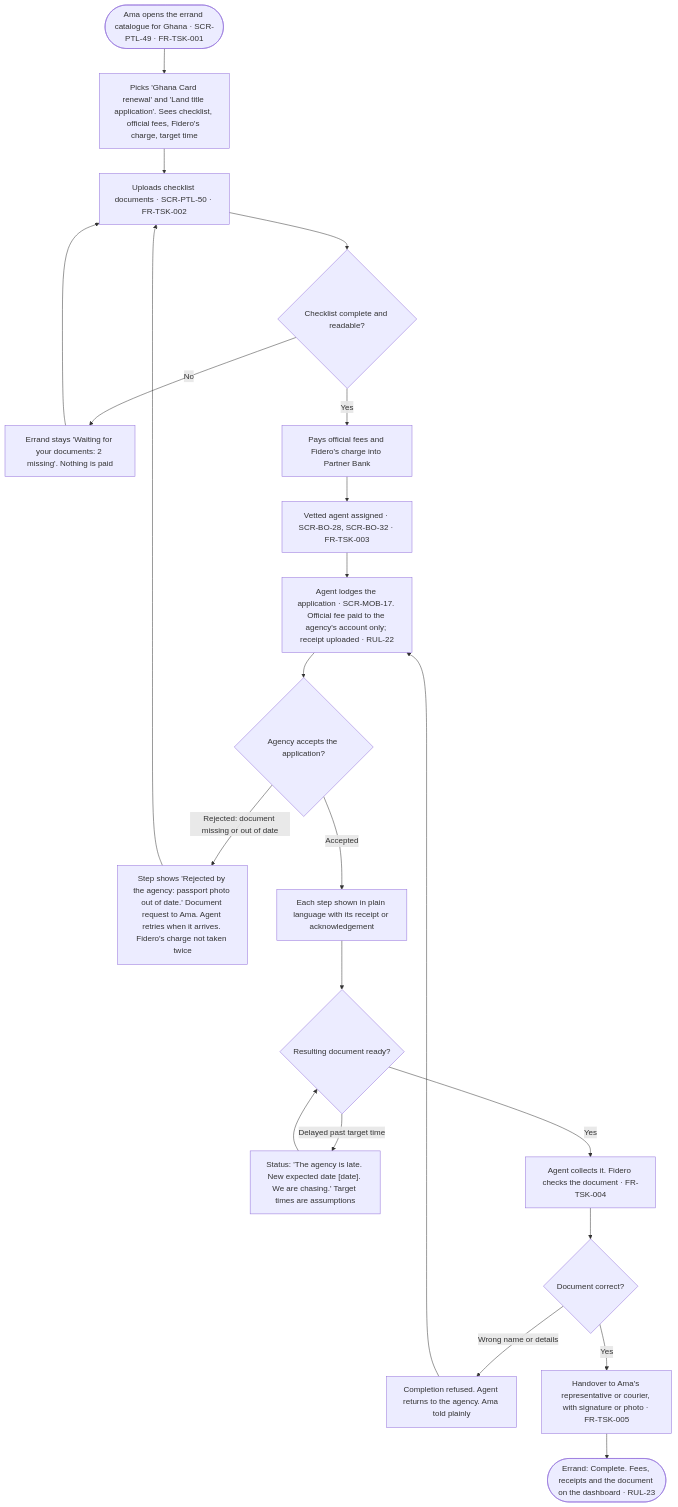
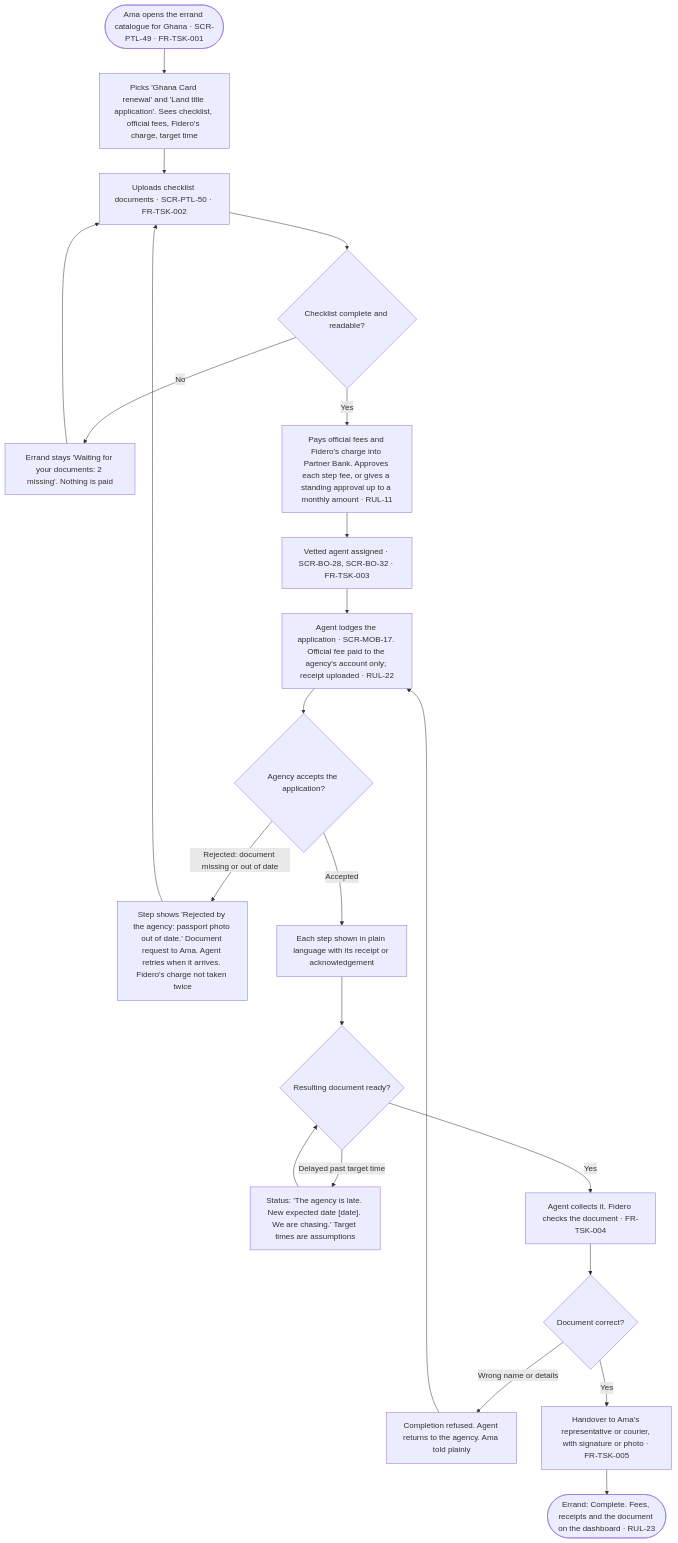
Diagram 12 of 12 in docs/specs/03-ui-ux-design.md (1SteveMens/Fidero), drawn with Mermaid before and after one commit. The commit also changed other lines of this file and 7 other files, not shown here.

````diff
--- a/docs/specs/03-ui-ux-design.md
+++ b/docs/specs/03-ui-ux-design.md
@@ -683,24 +690,24 @@
 ```mermaid
 flowchart TD
     M0(["Ama opens the errand catalogue for Ghana · SCR-PTL-49 · FR-TSK-001"]) --> M1["Picks 'Ghana Card renewal' and 'Land title application'. Sees checklist, official fees, Fidero's charge, target time"]
     M1 --> M2["Uploads checklist documents · SCR-PTL-50 · FR-TSK-002"]
     M2 --> M2c{"Checklist complete and readable?"}
     M2c -->|"No"| M2x["Errand stays 'Waiting for your documents: 2 missing'. Nothing is paid"]
     M2x --> M2
-    M2c -->|"Yes"| M3["Pays official fees and Fidero's charge into Partner Bank"]
+    M2c -->|"Yes"| M3["Pays official fees and Fidero's charge into Partner Bank. Approves each step fee, or gives a standing approval up to a monthly amount · RUL-11"]
     M3 --> M4["Vetted agent assigned · SCR-BO-28, SCR-BO-32 · FR-TSK-003"]
     M4 --> M5["Agent lodges the application · SCR-MOB-17. Official fee paid to the agency's account only; receipt uploaded · RUL-22"]
     M5 --> M5c{"Agency accepts the application?"}
     M5c -->|"Rejected: document missing or out of date"| M5x["Step shows 'Rejected by the agency: passport photo out of date.' Document request to Ama. Agent retries when it arrives. Fidero's charge not taken twice"]
     M5x --> M2
     M5c -->|"Accepted"| M6["Each step shown in plain language with its receipt or acknowledgement"]
     M6 --> M7{"Resulting document ready?"}
     M7 -->|"Delayed past target time"| M7x["Status: 'The agency is late. New expected date [date]. We are chasing.' Target times are assumptions"]
     M7x --> M7
     M7 -->|"Yes"| M8["Agent collects it. Fidero checks the document · FR-TSK-004"]
     M8 --> M8c{"Document correct?"}
     M8c -->|"Wrong name or details"| M8x["Completion refused. Agent returns to the agency. Ama told plainly"]
     M8x --> M5
     M8c -->|"Yes"| M9["Handover to Ama's representative or courier, with signature or photo · FR-TSK-005"]
     M9 --> M10(["Errand: Complete. Fees, receipts and the document on the dashboard · RUL-23"])
 ```
````
